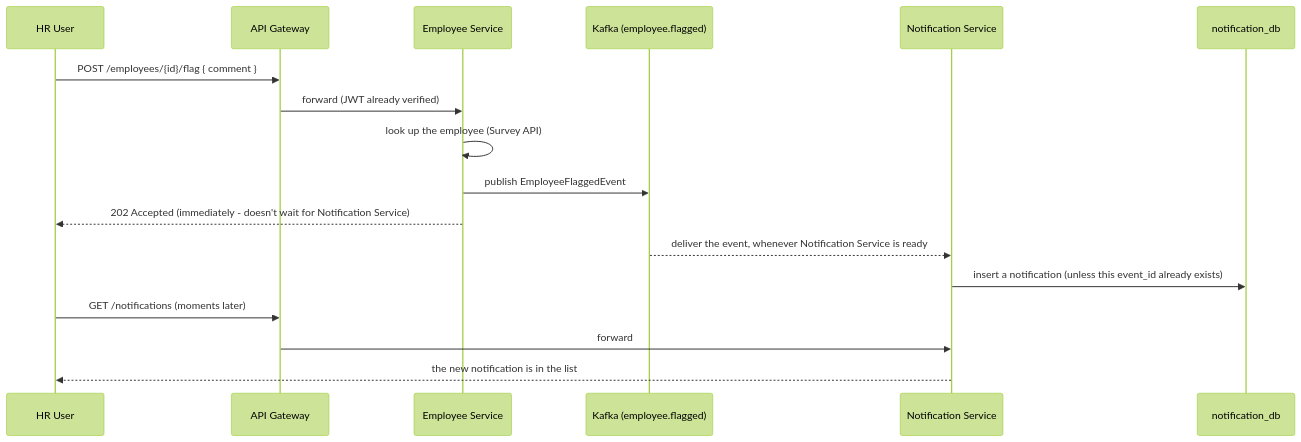
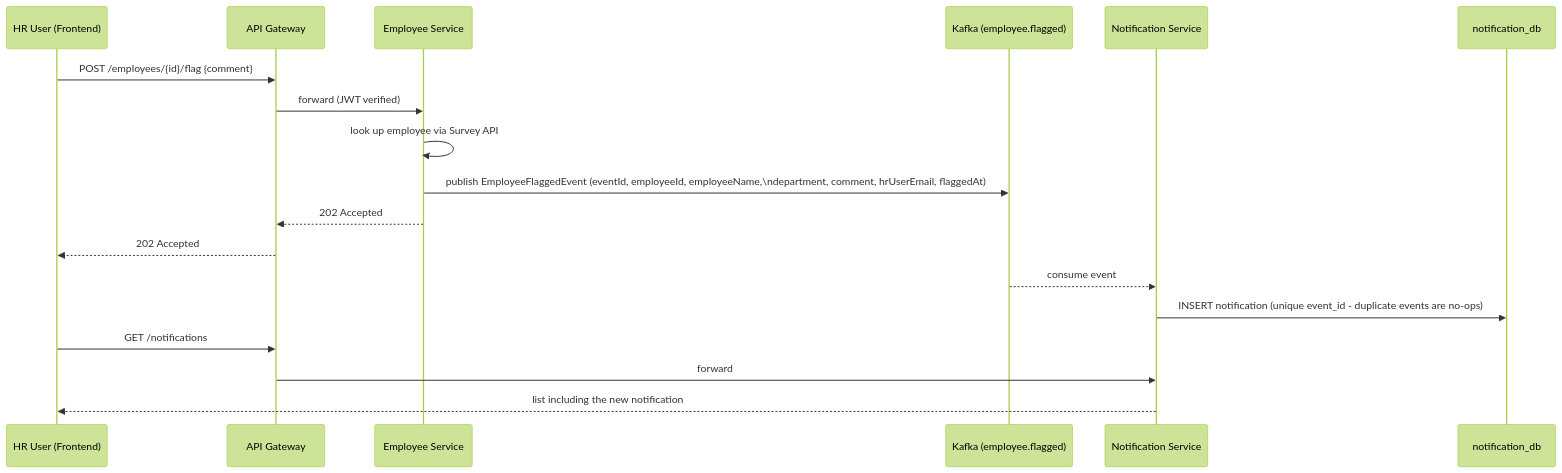
One commit to vedaaanggshetty/attrition-analyzer changed the second of 2 diagrams in README.md. Above: the diagram before and after it, drawn with Mermaid (forest theme). The commit also changed other lines of this file, not shown here.

````diff
--- a/README.md
+++ b/README.md
@@ -293,20 +166,21 @@
 ```mermaid
 sequenceDiagram
-    participant HR as HR User
+    participant HR as HR User (Frontend)
     participant GW as API Gateway
     participant EMP as Employee Service
     participant K as Kafka (employee.flagged)
     participant NOTIF as Notification Service
     participant DB as notification_db
 
-    HR->>GW: POST /employees/{id}/flag  { comment }
-    GW->>EMP: forward (JWT already verified)
-    EMP->>EMP: look up the employee (Survey API)
-    EMP->>K: publish EmployeeFlaggedEvent
-    EMP-->>HR: 202 Accepted (immediately - doesn't wait for Notification Service)
-    K-->>NOTIF: deliver the event, whenever Notification Service is ready
-    NOTIF->>DB: insert a notification (unless this event_id already exists)
-    HR->>GW: GET /notifications (moments later)
+    HR->>GW: POST /employees/{id}/flag {comment}
+    GW->>EMP: forward (JWT verified)
+    EMP->>EMP: look up employee via Survey API
+    EMP->>K: publish EmployeeFlaggedEvent (eventId, employeeId, employeeName,\ndepartment, comment, hrUserEmail, flaggedAt)
+    EMP-->>GW: 202 Accepted
+    GW-->>HR: 202 Accepted
+    K-->>NOTIF: consume event
+    NOTIF->>DB: INSERT notification (unique event_id - duplicate events are no-ops)
+    HR->>GW: GET /notifications
     GW->>NOTIF: forward
-    NOTIF-->>HR: the new notification is in the list
+    NOTIF-->>HR: list including the new notification
 ```
````
